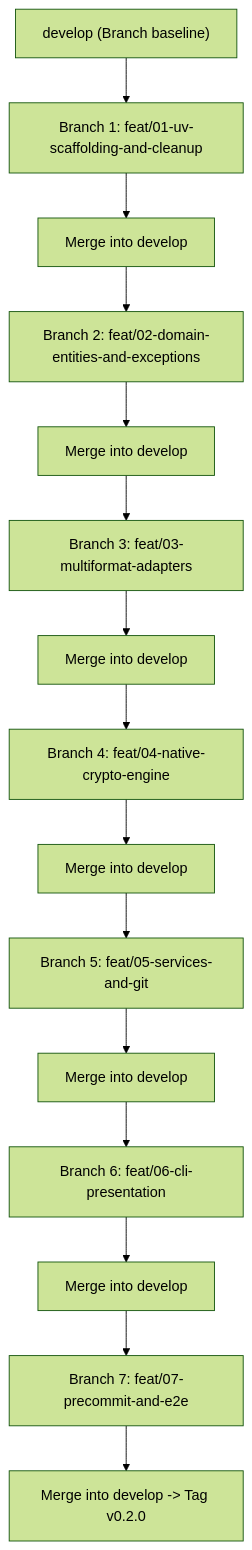
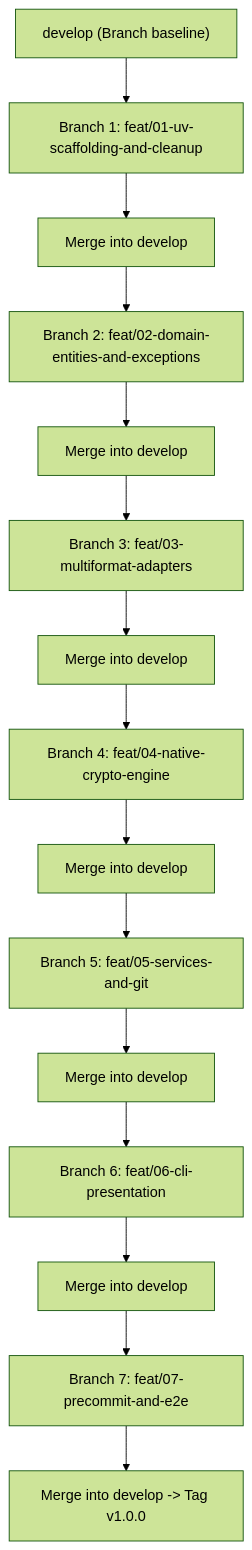
The diagram in docs/spec/03_AGENT_HARNESS_AND_TASKS.md (elihu/templatte), drawn with Mermaid (forest theme) before and after one commit. The commit also changed other lines of this file and 4 other files, not shown here.

````diff
--- a/docs/spec/03_AGENT_HARNESS_AND_TASKS.md
+++ b/docs/spec/03_AGENT_HARNESS_AND_TASKS.md
@@ -26,17 +26,17 @@
 ```mermaid
 flowchart TD
     D["develop (Branch baseline)"] --> B1["Branch 1: feat/01-uv-scaffolding-and-cleanup"]
     B1 --> M1["Merge into develop"]
     M1 --> B2["Branch 2: feat/02-domain-entities-and-exceptions"]
     B2 --> M2["Merge into develop"]
     M2 --> B3["Branch 3: feat/03-multiformat-adapters"]
     B3 --> M3["Merge into develop"]
     M3 --> B4["Branch 4: feat/04-native-crypto-engine"]
     B4 --> M4["Merge into develop"]
     M4 --> B5["Branch 5: feat/05-services-and-git"]
     B5 --> M5["Merge into develop"]
     M5 --> B6["Branch 6: feat/06-cli-presentation"]
     B6 --> M6["Merge into develop"]
     M6 --> B7["Branch 7: feat/07-precommit-and-e2e"]
-    B7 --> M7["Merge into develop -> Tag v0.2.0"]
+    B7 --> M7["Merge into develop -> Tag v1.0.0"]
 ```
````
